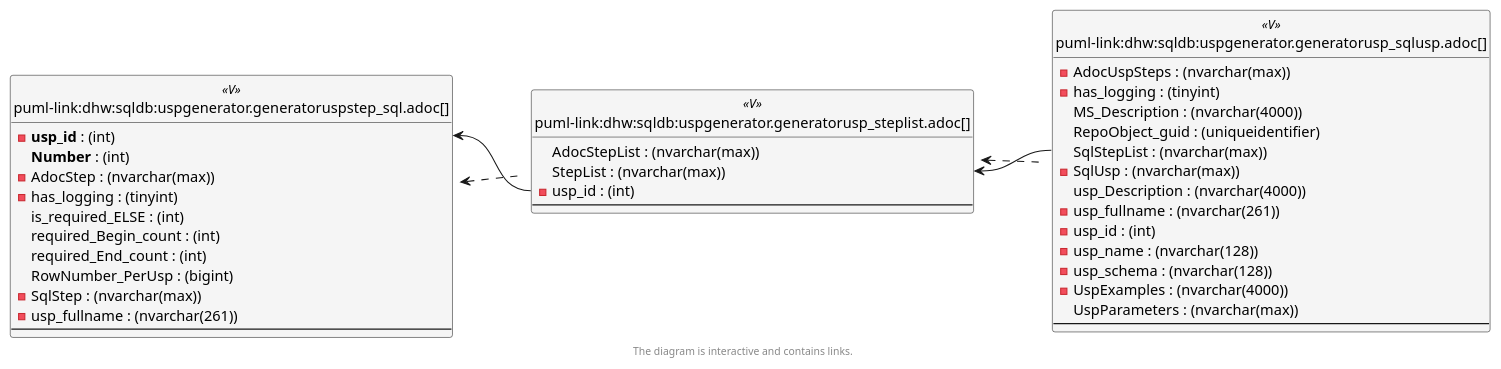
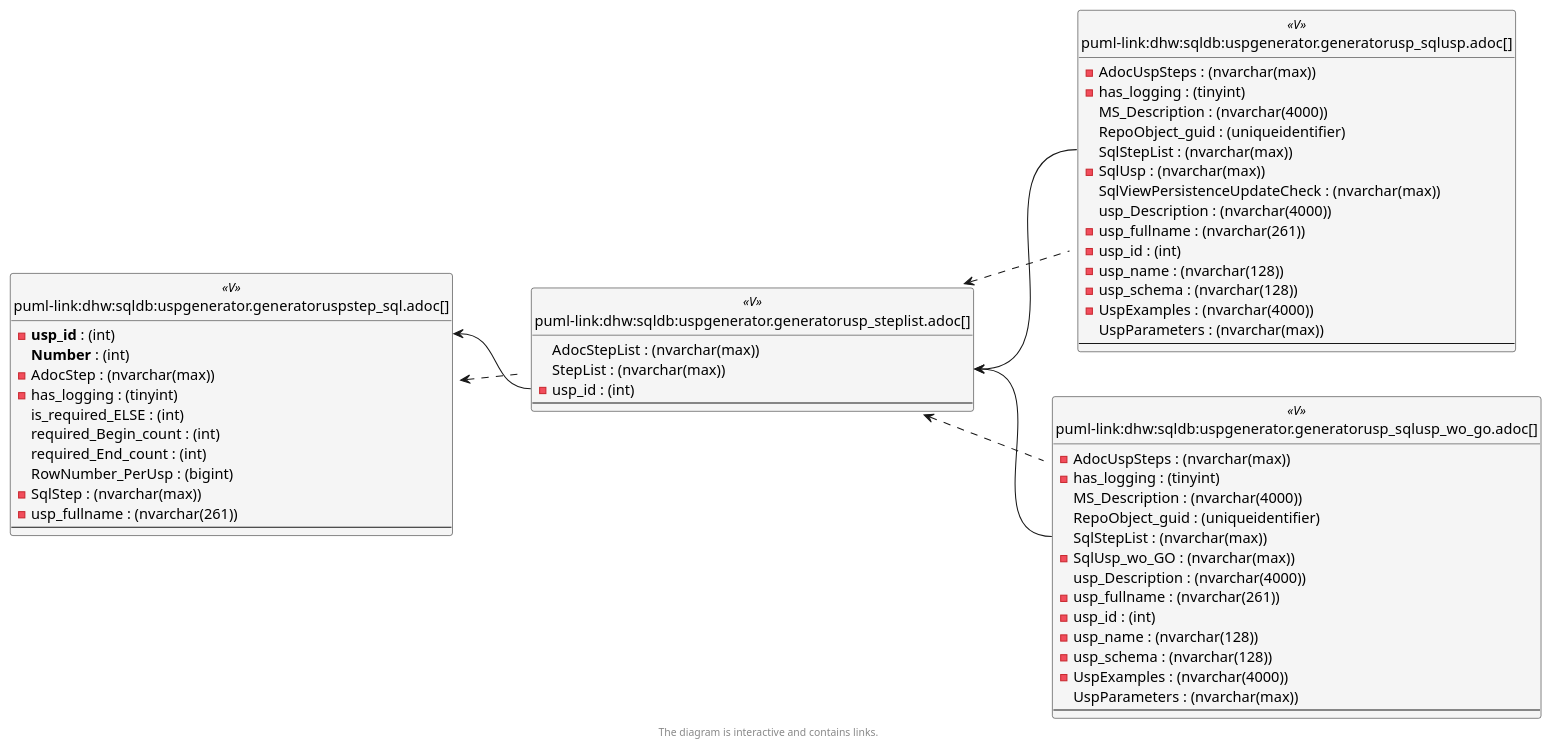
Before and after one commit to DataHandwerk/dhw-antora-sqldb: the sixth of 6 diagrams in docs/modules/sqldb/partials/content/uspgenerator.generatorusp_steplist.adoc, drawn with PlantUML. The commit also changed other lines of this file and 701 other files, not shown here.

```diff
--- a/docs/modules/sqldb/partials/content/uspgenerator.generatorusp_steplist.adoc
+++ b/docs/modules/sqldb/partials/content/uspgenerator.generatorusp_steplist.adoc
@@ -827,6 +839,24 @@
   RepoObject_guid : (uniqueidentifier)
   SqlStepList : (nvarchar(max))
   - SqlUsp : (nvarchar(max))
+  SqlViewPersistenceUpdateCheck : (nvarchar(max))
+  usp_Description : (nvarchar(4000))
+  - usp_fullname : (nvarchar(261))
+  - usp_id : (int)
+  - usp_name : (nvarchar(128))
+  - usp_schema : (nvarchar(128))
+  - UspExamples : (nvarchar(4000))
+  UspParameters : (nvarchar(max))
+  --
+}
+
+entity "puml-link:dhw:sqldb:uspgenerator.generatorusp_sqlusp_wo_go.adoc[]" as uspgenerator.GeneratorUsp_SqlUsp_wo_GO << V >> {
+  - AdocUspSteps : (nvarchar(max))
+  - has_logging : (tinyint)
+  MS_Description : (nvarchar(4000))
+  RepoObject_guid : (uniqueidentifier)
+  SqlStepList : (nvarchar(max))
+  - SqlUsp_wo_GO : (nvarchar(max))
   usp_Description : (nvarchar(4000))
   - usp_fullname : (nvarchar(261))
   - usp_id : (int)
@@ -859,8 +889,10 @@
 }
 
 uspgenerator.GeneratorUsp_StepList <.. uspgenerator.GeneratorUsp_SqlUsp
+uspgenerator.GeneratorUsp_StepList <.. uspgenerator.GeneratorUsp_SqlUsp_wo_GO
 uspgenerator.GeneratorUspStep_Sql <.. uspgenerator.GeneratorUsp_StepList
 "uspgenerator.GeneratorUsp_StepList::StepList" <-- "uspgenerator.GeneratorUsp_SqlUsp::SqlStepList"
+"uspgenerator.GeneratorUsp_StepList::StepList" <-- "uspgenerator.GeneratorUsp_SqlUsp_wo_GO::SqlStepList"
 "uspgenerator.GeneratorUspStep_Sql::usp_id" <-- "uspgenerator.GeneratorUsp_StepList::usp_id"
 
 footer The diagram is interactive and contains links.
```
